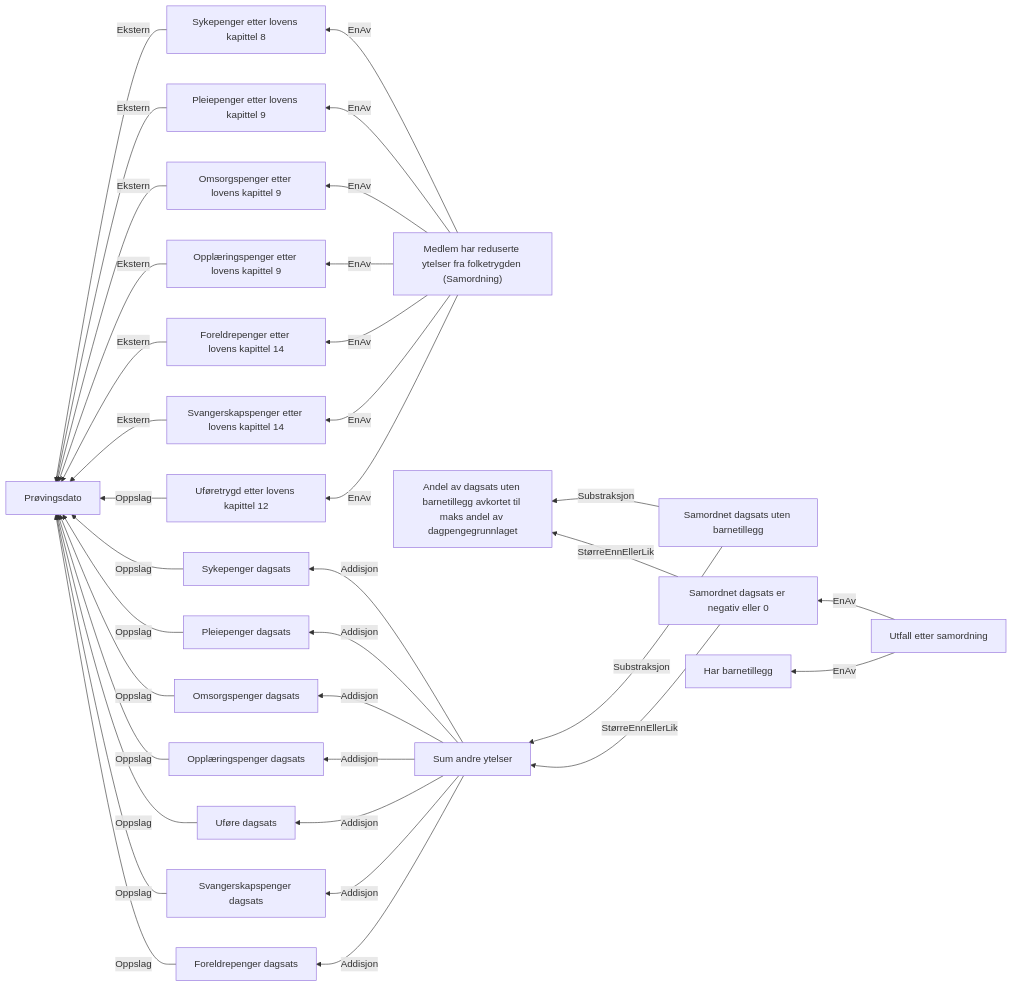
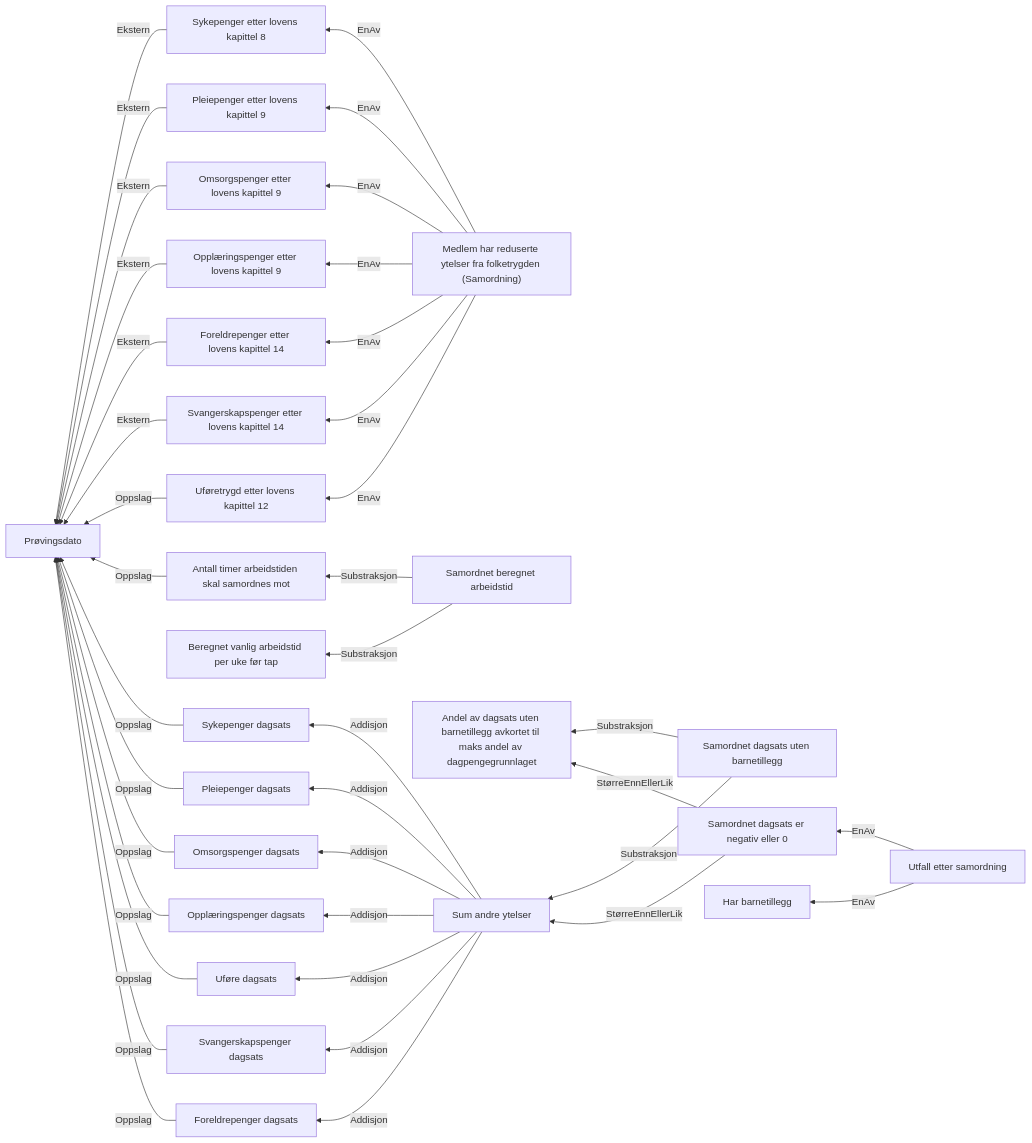
Before and after one commit to navikt/dp-vedtak: the diagram in docs/regler/§ 4-25.Samordning med reduserte ytelser fra folketrygden, eller redusert avtalefestet pensjon.approved.md, drawn with Mermaid. The commit also changed 15 other files, not shown here.

Commit message:
Legg til støtte for samordnet arbeidstid og ønsket arbeidstid

````diff
--- a/docs/regler/§ 4-25.Samordning med reduserte ytelser fra folketrygden, eller redusert avtalefestet pensjon.approved.md
+++ b/docs/regler/§ 4-25.Samordning med reduserte ytelser fra folketrygden, eller redusert avtalefestet pensjon.approved.md
@@ -5,37 +5,40 @@
 ```mermaid
 graph RL
   A["Sykepenger etter lovens kapittel 8"] -->|"Ekstern"| B["Prøvingsdato"]
   C["Pleiepenger etter lovens kapittel 9"] -->|"Ekstern"| B["Prøvingsdato"]
   D["Omsorgspenger etter lovens kapittel 9"] -->|"Ekstern"| B["Prøvingsdato"]
   E["Opplæringspenger etter lovens kapittel 9"] -->|"Ekstern"| B["Prøvingsdato"]
   F["Foreldrepenger etter lovens kapittel 14"] -->|"Ekstern"| B["Prøvingsdato"]
   G["Svangerskapspenger etter lovens kapittel 14"] -->|"Ekstern"| B["Prøvingsdato"]
   H["Uføretrygd etter lovens kapittel 12"] -->|"Oppslag"| B["Prøvingsdato"]
-  I["Sykepenger dagsats"] -->|"Oppslag"| B["Prøvingsdato"]
-  J["Pleiepenger dagsats"] -->|"Oppslag"| B["Prøvingsdato"]
-  K["Omsorgspenger dagsats"] -->|"Oppslag"| B["Prøvingsdato"]
-  L["Opplæringspenger dagsats"] -->|"Oppslag"| B["Prøvingsdato"]
-  M["Uføre dagsats"] -->|"Oppslag"| B["Prøvingsdato"]
-  N["Svangerskapspenger dagsats"] -->|"Oppslag"| B["Prøvingsdato"]
-  O["Foreldrepenger dagsats"] -->|"Oppslag"| B["Prøvingsdato"]
-  P["Sum andre ytelser"] -->|"Addisjon"| I["Sykepenger dagsats"]
-  P["Sum andre ytelser"] -->|"Addisjon"| J["Pleiepenger dagsats"]
-  P["Sum andre ytelser"] -->|"Addisjon"| K["Omsorgspenger dagsats"]
-  P["Sum andre ytelser"] -->|"Addisjon"| L["Opplæringspenger dagsats"]
-  P["Sum andre ytelser"] -->|"Addisjon"| M["Uføre dagsats"]
-  P["Sum andre ytelser"] -->|"Addisjon"| O["Foreldrepenger dagsats"]
-  P["Sum andre ytelser"] -->|"Addisjon"| N["Svangerskapspenger dagsats"]
-  Q["Samordnet dagsats uten barnetillegg"] -->|"Substraksjon"| R["Andel av dagsats uten barnetillegg avkortet til maks andel av dagpengegrunnlaget"]
-  Q["Samordnet dagsats uten barnetillegg"] -->|"Substraksjon"| P["Sum andre ytelser"]
-  S["Samordnet dagsats er negativ eller 0"] -->|"StørreEnnEllerLik"| R["Andel av dagsats uten barnetillegg avkortet til maks andel av dagpengegrunnlaget"]
-  S["Samordnet dagsats er negativ eller 0"] -->|"StørreEnnEllerLik"| P["Sum andre ytelser"]
-  T["Utfall etter samordning"] -->|"EnAv"| S["Samordnet dagsats er negativ eller 0"]
-  T["Utfall etter samordning"] -->|"EnAv"| U["Har barnetillegg"]
-  V["Medlem har reduserte ytelser fra folketrygden (Samordning)"] -->|"EnAv"| A["Sykepenger etter lovens kapittel 8"]
-  V["Medlem har reduserte ytelser fra folketrygden (Samordning)"] -->|"EnAv"| C["Pleiepenger etter lovens kapittel 9"]
-  V["Medlem har reduserte ytelser fra folketrygden (Samordning)"] -->|"EnAv"| D["Omsorgspenger etter lovens kapittel 9"]
-  V["Medlem har reduserte ytelser fra folketrygden (Samordning)"] -->|"EnAv"| E["Opplæringspenger etter lovens kapittel 9"]
-  V["Medlem har reduserte ytelser fra folketrygden (Samordning)"] -->|"EnAv"| H["Uføretrygd etter lovens kapittel 12"]
-  V["Medlem har reduserte ytelser fra folketrygden (Samordning)"] -->|"EnAv"| F["Foreldrepenger etter lovens kapittel 14"]
-  V["Medlem har reduserte ytelser fra folketrygden (Samordning)"] -->|"EnAv"| G["Svangerskapspenger etter lovens kapittel 14"]
+  I["Antall timer arbeidstiden skal samordnes mot"] -->|"Oppslag"| B["Prøvingsdato"]
+  J["Samordnet beregnet arbeidstid"] -->|"Substraksjon"| K["Beregnet vanlig arbeidstid per uke før tap"]
+  J["Samordnet beregnet arbeidstid"] -->|"Substraksjon"| I["Antall timer arbeidstiden skal samordnes mot"]
+  L["Sykepenger dagsats"] -->|"Oppslag"| B["Prøvingsdato"]
+  M["Pleiepenger dagsats"] -->|"Oppslag"| B["Prøvingsdato"]
+  N["Omsorgspenger dagsats"] -->|"Oppslag"| B["Prøvingsdato"]
+  O["Opplæringspenger dagsats"] -->|"Oppslag"| B["Prøvingsdato"]
+  P["Uføre dagsats"] -->|"Oppslag"| B["Prøvingsdato"]
+  Q["Svangerskapspenger dagsats"] -->|"Oppslag"| B["Prøvingsdato"]
+  R["Foreldrepenger dagsats"] -->|"Oppslag"| B["Prøvingsdato"]
+  S["Sum andre ytelser"] -->|"Addisjon"| L["Sykepenger dagsats"]
+  S["Sum andre ytelser"] -->|"Addisjon"| M["Pleiepenger dagsats"]
+  S["Sum andre ytelser"] -->|"Addisjon"| N["Omsorgspenger dagsats"]
+  S["Sum andre ytelser"] -->|"Addisjon"| O["Opplæringspenger dagsats"]
+  S["Sum andre ytelser"] -->|"Addisjon"| P["Uføre dagsats"]
+  S["Sum andre ytelser"] -->|"Addisjon"| R["Foreldrepenger dagsats"]
+  S["Sum andre ytelser"] -->|"Addisjon"| Q["Svangerskapspenger dagsats"]
+  T["Samordnet dagsats uten barnetillegg"] -->|"Substraksjon"| U["Andel av dagsats uten barnetillegg avkortet til maks andel av dagpengegrunnlaget"]
+  T["Samordnet dagsats uten barnetillegg"] -->|"Substraksjon"| S["Sum andre ytelser"]
+  V["Samordnet dagsats er negativ eller 0"] -->|"StørreEnnEllerLik"| U["Andel av dagsats uten barnetillegg avkortet til maks andel av dagpengegrunnlaget"]
+  V["Samordnet dagsats er negativ eller 0"] -->|"StørreEnnEllerLik"| S["Sum andre ytelser"]
+  W["Utfall etter samordning"] -->|"EnAv"| V["Samordnet dagsats er negativ eller 0"]
+  W["Utfall etter samordning"] -->|"EnAv"| X["Har barnetillegg"]
+  Y["Medlem har reduserte ytelser fra folketrygden (Samordning)"] -->|"EnAv"| A["Sykepenger etter lovens kapittel 8"]
+  Y["Medlem har reduserte ytelser fra folketrygden (Samordning)"] -->|"EnAv"| C["Pleiepenger etter lovens kapittel 9"]
+  Y["Medlem har reduserte ytelser fra folketrygden (Samordning)"] -->|"EnAv"| D["Omsorgspenger etter lovens kapittel 9"]
+  Y["Medlem har reduserte ytelser fra folketrygden (Samordning)"] -->|"EnAv"| E["Opplæringspenger etter lovens kapittel 9"]
+  Y["Medlem har reduserte ytelser fra folketrygden (Samordning)"] -->|"EnAv"| H["Uføretrygd etter lovens kapittel 12"]
+  Y["Medlem har reduserte ytelser fra folketrygden (Samordning)"] -->|"EnAv"| F["Foreldrepenger etter lovens kapittel 14"]
+  Y["Medlem har reduserte ytelser fra folketrygden (Samordning)"] -->|"EnAv"| G["Svangerskapspenger etter lovens kapittel 14"]
 ```
````
